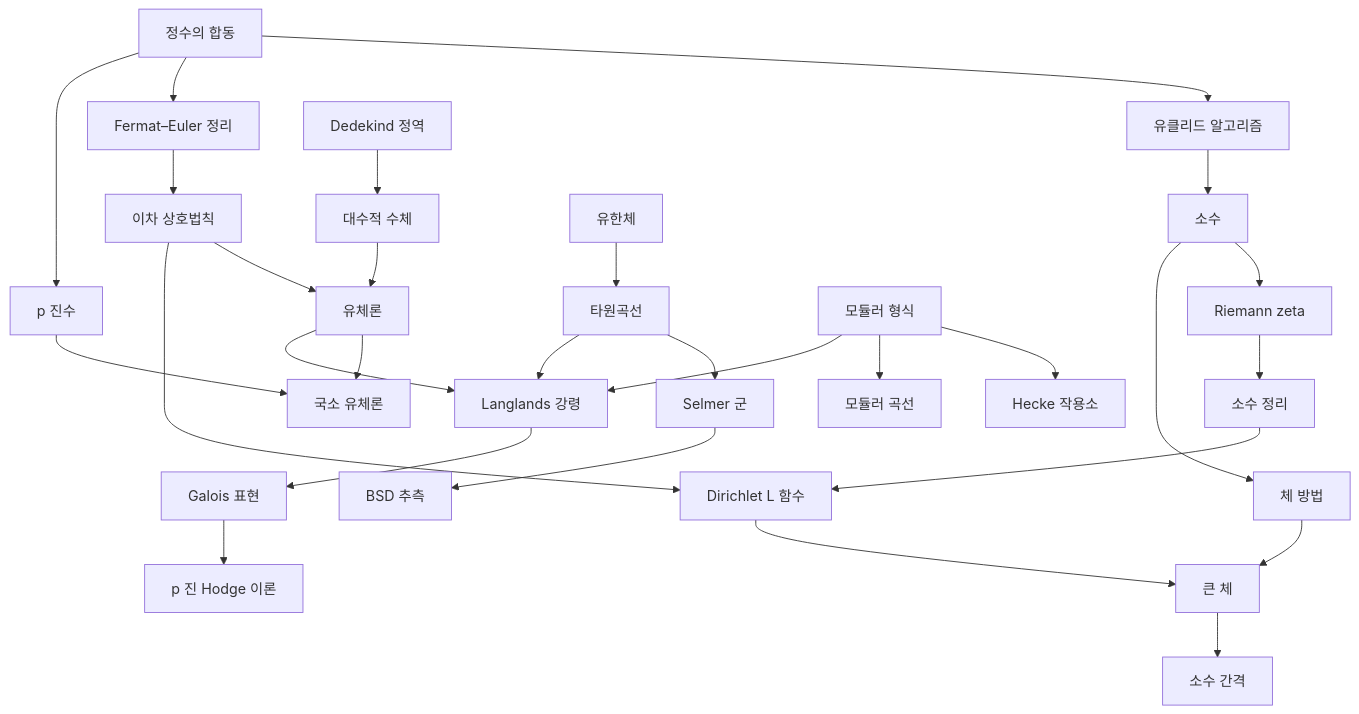
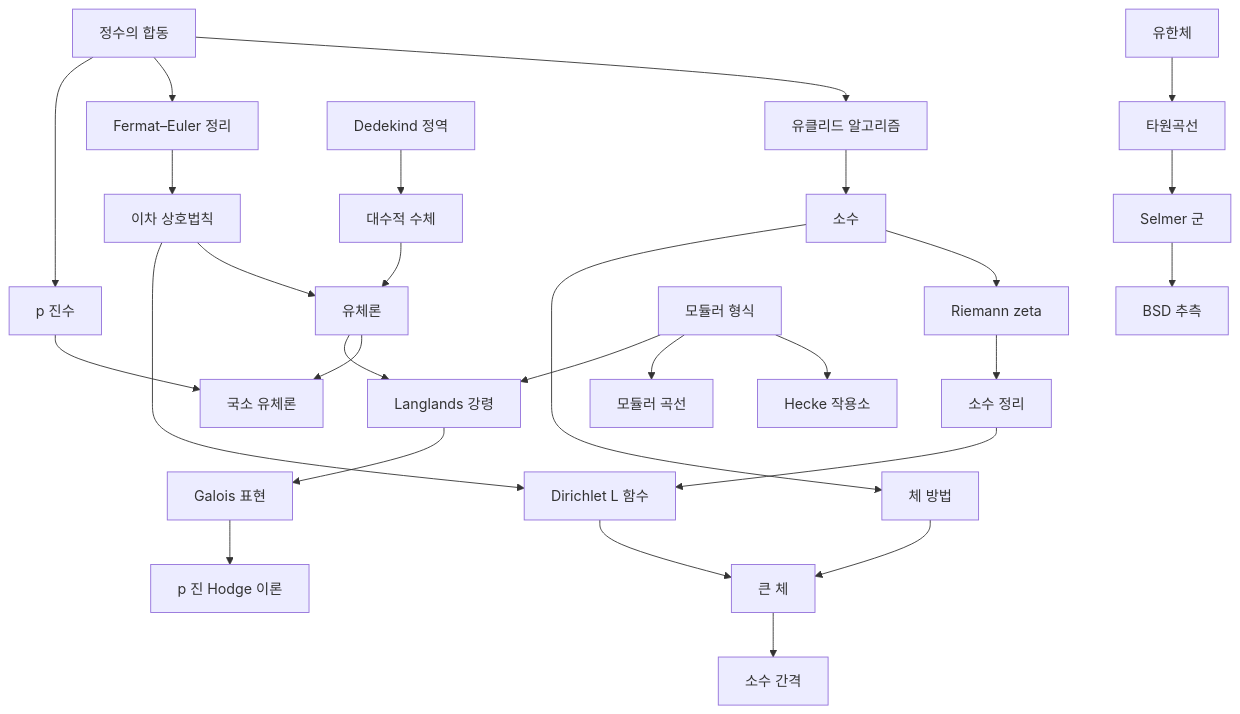
Before and after one commit to Phryxia/math-map: the diagram in docs/number-theory-overview.md, drawn with Mermaid. The commit also changed 1 other file, not shown here.

Commit message:
drop two overview map arrows that are not real edges
Claude-Session: https://claude.ai/code/session_017bDLhnVzFBcniNWAXEJMb9

````diff
--- a/docs/number-theory-overview.md
+++ b/docs/number-theory-overview.md
@@ -13,19 +13,18 @@
 ```mermaid
 graph TD
   MA["정수의 합동"] --> EA["유클리드 알고리즘"] --> PR["소수"]
   MA --> FE["Fermat–Euler 정리"] --> QR["이차 상호법칙"]
   MA --> PA["p 진수"] --> LCFT["국소 유체론"]
   PR --> RZ["Riemann zeta"] --> PNT["소수 정리"] --> DL["Dirichlet L 함수"]
   PR --> SV["체 방법"] --> LSV["큰 체"] --> PG["소수 간격"]
   DL --> LSV
   DD["Dedekind 정역"] --> ANF["대수적 수체"] --> CFT["유체론"]
   QR --> CFT --> LCFT
   QR --> DL
   FF["유한체"] --> EC["타원곡선"] --> SEL["Selmer 군"] --> BSD["BSD 추측"]
   MF["모듈러 형식"] --> HK["Hecke 작용소"]
   MF --> MC["모듈러 곡선"]
   CFT --> LP["Langlands 강령"]
   MF --> LP
-  EC --> LP
   LP --> GR["Galois 표현"] --> PH["p 진 Hodge 이론"]
 ```
````
